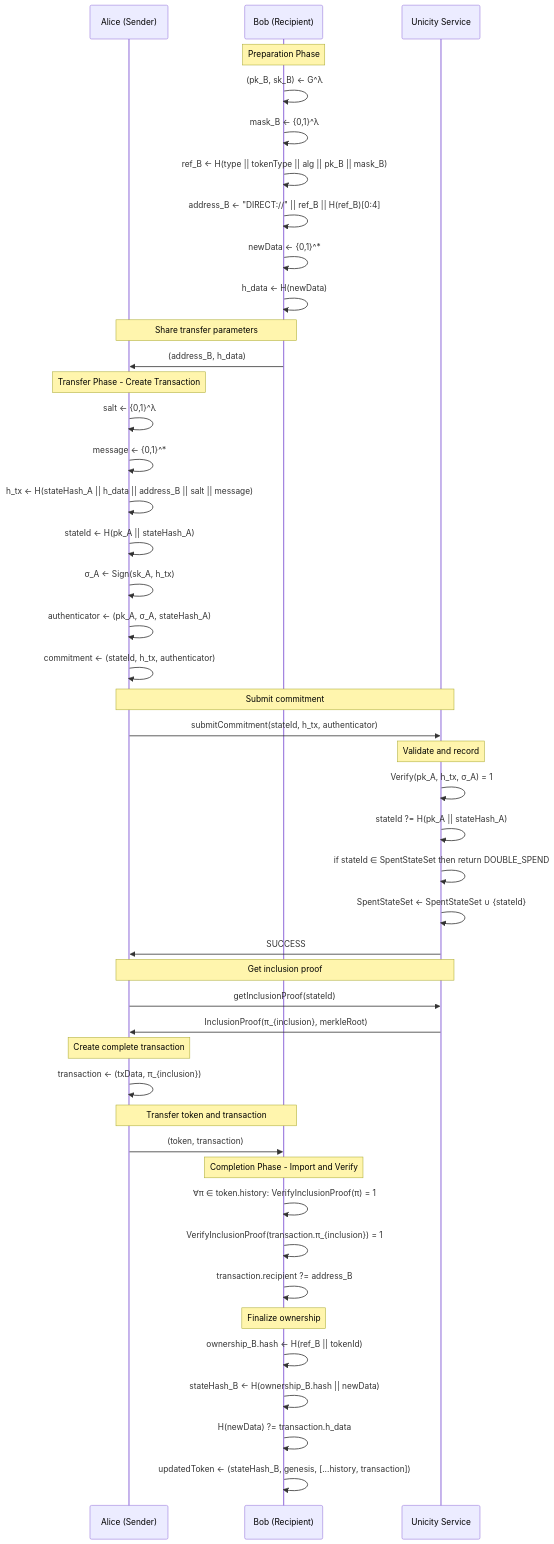
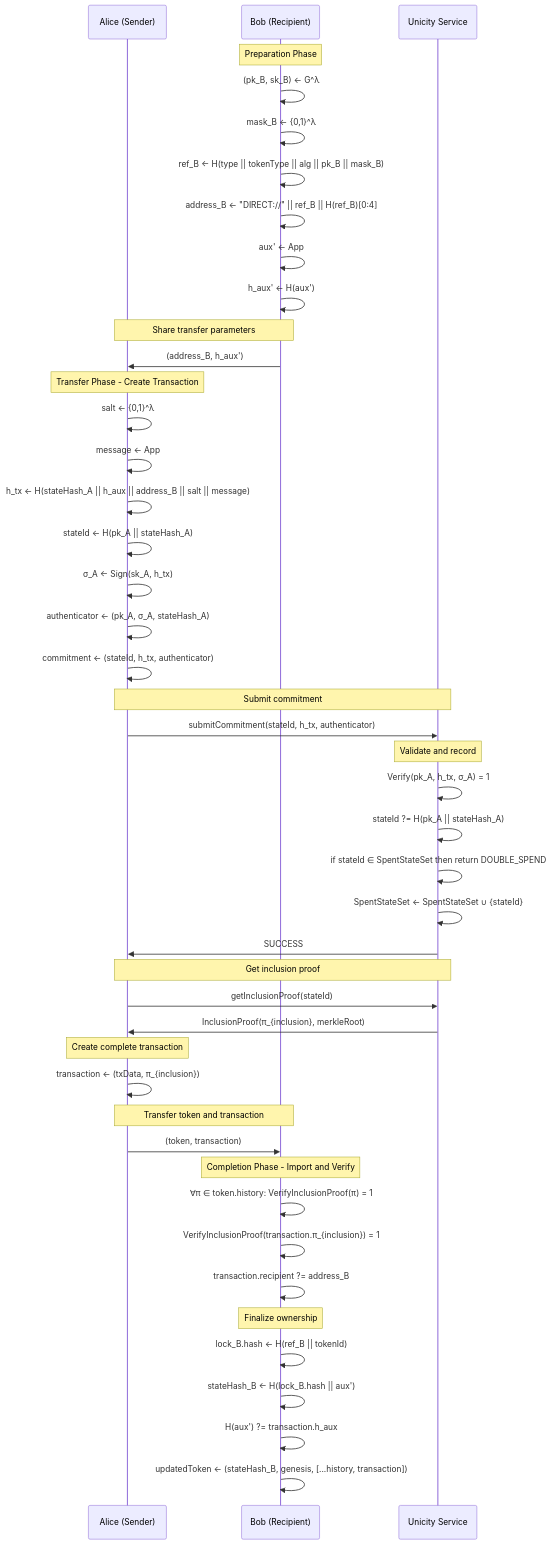
The second of 3 diagrams in PROTOCOL_DOCUMENTATION.md (unicitynetwork/execution-model-tex), drawn with Mermaid before and after one commit. The commit also changed other lines of this file, not shown here.

````diff
--- a/PROTOCOL_DOCUMENTATION.md
+++ b/PROTOCOL_DOCUMENTATION.md
@@ -384,57 +387,57 @@
 ```mermaid
 sequenceDiagram
     participant A as Alice (Sender)
     participant B as Bob (Recipient)
     participant P as Unicity Service
 
     Note over B: Preparation Phase
     B->>B: (pk_B, sk_B) ← G^λ
     B->>B: mask_B ← {0,1}^λ
     B->>B: ref_B ← H(type || tokenType || alg || pk_B || mask_B)
     B->>B: address_B ← "DIRECT://" || ref_B || H(ref_B)[0:4]
-    B->>B: newData ← {0,1}^*
-    B->>B: h_data ← H(newData)
+    B->>B: aux' ← App
+    B->>B: h_aux' ← H(aux')
 
     Note over B,A: Share transfer parameters
-    B->>A: (address_B, h_data)
+    B->>A: (address_B, h_aux')
 
     Note over A: Transfer Phase - Create Transaction
     A->>A: salt ← {0,1}^λ
-    A->>A: message ← {0,1}^*
-    A->>A: h_tx ← H(stateHash_A || h_data || address_B || salt || message)
+    A->>A: message ← App
+    A->>A: h_tx ← H(stateHash_A || h_aux || address_B || salt || message)
     A->>A: stateId ← H(pk_A || stateHash_A)
     A->>A: σ_A ← Sign(sk_A, h_tx)
     A->>A: authenticator ← (pk_A, σ_A, stateHash_A)
     A->>A: commitment ← (stateId, h_tx, authenticator)
 
     Note over A,P: Submit commitment
     A->>P: submitCommitment(stateId, h_tx, authenticator)
 
     Note over P: Validate and record
     P->>P: Verify(pk_A, h_tx, σ_A) = 1
     P->>P: stateId ?= H(pk_A || stateHash_A)
     P->>P: if stateId ∈ SpentStateSet then return DOUBLE_SPEND
     P->>P: SpentStateSet ← SpentStateSet ∪ {stateId}
     P->>A: SUCCESS
 
     Note over A,P: Get inclusion proof
     A->>P: getInclusionProof(stateId)
     P->>A: InclusionProof(π_{inclusion}, merkleRoot)
 
     Note over A: Create complete transaction
     A->>A: transaction ← (txData, π_{inclusion})
 
     Note over A,B: Transfer token and transaction
     A->>B: (token, transaction)
 
     Note over B: Completion Phase - Import and Verify
     B->>B: ∀π ∈ token.history: VerifyInclusionProof(π) = 1
     B->>B: VerifyInclusionProof(transaction.π_{inclusion}) = 1
     B->>B: transaction.recipient ?= address_B
 
     Note over B: Finalize ownership
-    B->>B: ownership_B.hash ← H(ref_B || tokenId)
-    B->>B: stateHash_B ← H(ownership_B.hash || newData)
-    B->>B: H(newData) ?= transaction.h_data
+    B->>B: lock_B.hash ← H(ref_B || tokenId)
+    B->>B: stateHash_B ← H(lock_B.hash || aux')
+    B->>B: H(aux') ?= transaction.h_aux
     B->>B: updatedToken ← (stateHash_B, genesis, [...history, transaction])
 ```
````
